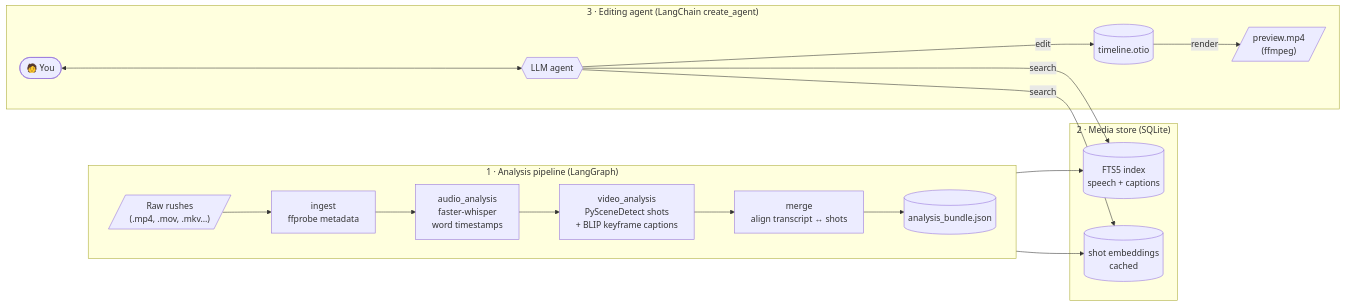
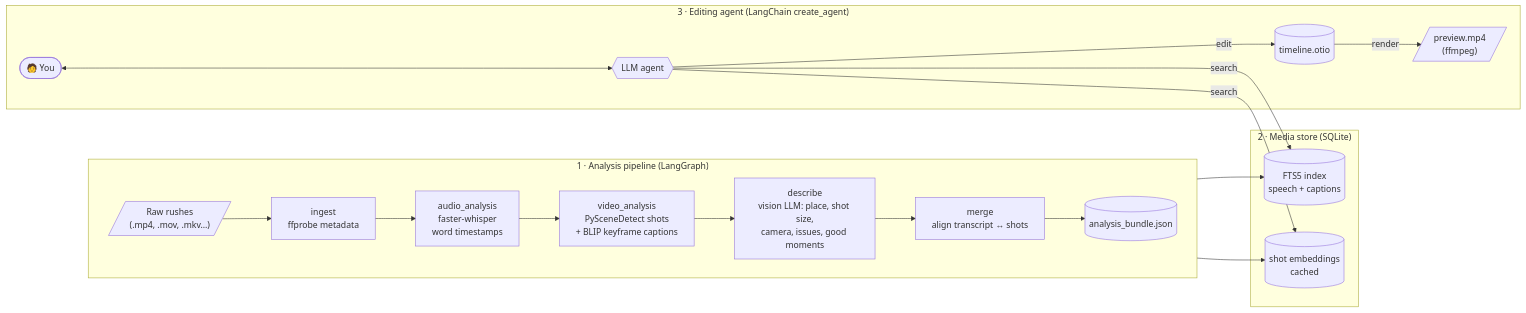
The diagram in README.md (OdakK/video_editor_agent), drawn with Mermaid before and after one commit. The commit also changed other lines of this file and 16 other files, not shown here.

````diff
--- a/README.md
+++ b/README.md
@@ -23,24 +23,25 @@
 ```mermaid
 flowchart LR
     subgraph A["1 · Analysis pipeline (LangGraph)"]
         direction LR
         R[/"Raw rushes<br/>(.mp4, .mov, .mkv…)"/] --> I["ingest<br/>ffprobe metadata"]
         I --> AU["audio_analysis<br/>faster-whisper<br/>word timestamps"]
         AU --> V["video_analysis<br/>PySceneDetect shots<br/>+ BLIP keyframe captions"]
-        V --> M["merge<br/>align transcript ↔ shots"]
+        V --> D["describe<br/>vision LLM: place, shot size,<br/>camera, issues, good moments"]
+        D --> M["merge<br/>align transcript ↔ shots"]
         M --> B[("analysis_bundle.json")]
     end
 
     subgraph S["2 · Media store (SQLite)"]
         B --> FTS[("FTS5 index<br/>speech + captions")]
         B --> EMB[("shot embeddings<br/>cached")]
     end
 
     subgraph G["3 · Editing agent (LangChain create_agent)"]
         U(["🧑 You"]) <--> AG{{"LLM agent"}}
         AG -- search --> FTS
         AG -- search --> EMB
         AG -- edit --> T[("timeline.otio")]
         T -- render --> P[/"preview.mp4<br/>(ffmpeg)"/]
     end
 ```
````
